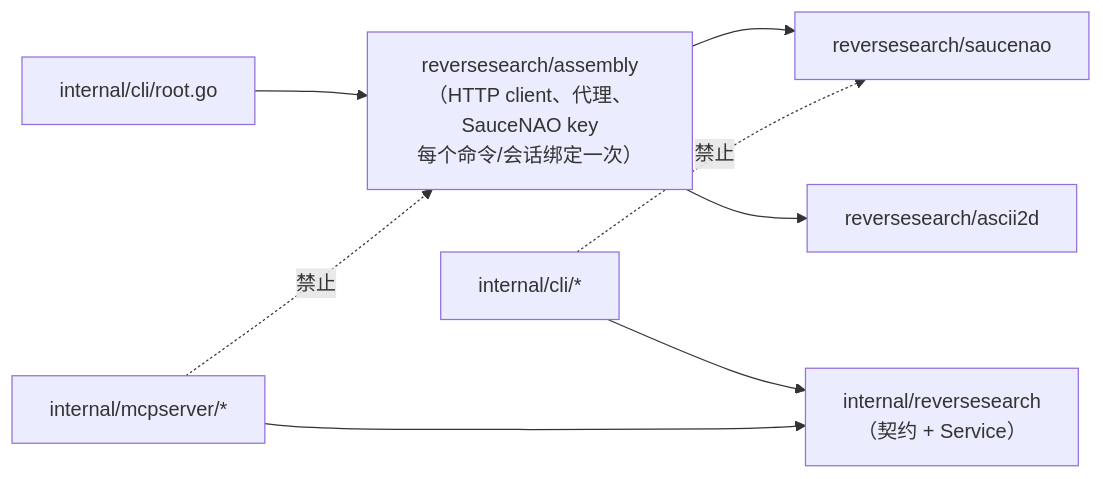
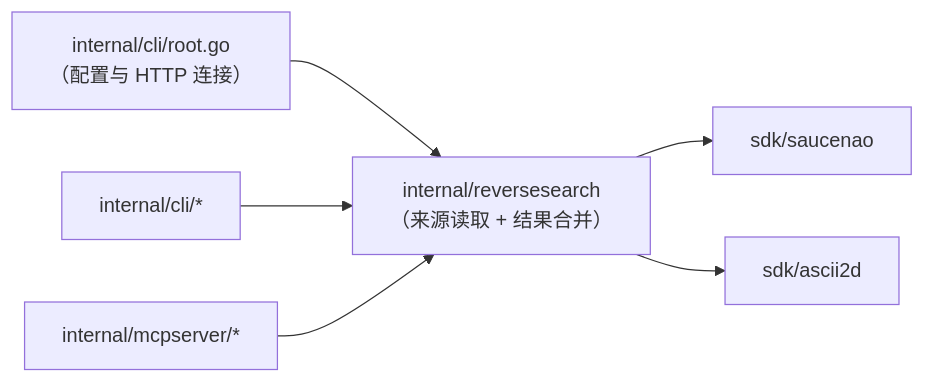
The third of 5 diagrams in docs/zh-CN/maintainers/architecture.md (FlanChanXwO/pixiv-cli), drawn with Mermaid before and after one commit. The commit also changed other lines of this file and 13 other files, not shown here.

````diff
--- a/docs/zh-CN/maintainers/architecture.md
+++ b/docs/zh-CN/maintainers/architecture.md
@@ -193,10 +192,8 @@
 ```mermaid
 flowchart LR
-    COMP["internal/cli/root.go"] --> ASM["reversesearch/assembly<br/>（HTTP client、代理、SauceNAO key<br/>每个命令/会话绑定一次）"]
-    ASM --> SN["reversesearch/saucenao"]
-    ASM --> A2["reversesearch/ascii2d"]
-    CMDS["internal/cli/*"] --> TOP["internal/reversesearch<br/>（契约 + Service）"]
+    COMP["internal/cli/root.go<br/>（配置与 HTTP 连接）"] --> TOP["internal/reversesearch<br/>（来源读取 + 结果合并）"]
+    CMDS["internal/cli/*"] --> TOP
     MCPS["internal/mcpserver/*"] --> TOP
-    CMDS -.->|禁止| SN
-    MCPS -.->|禁止| ASM
+    TOP --> SN["sdk/saucenao"]
+    TOP --> A2["sdk/ascii2d"]
 ```
````
